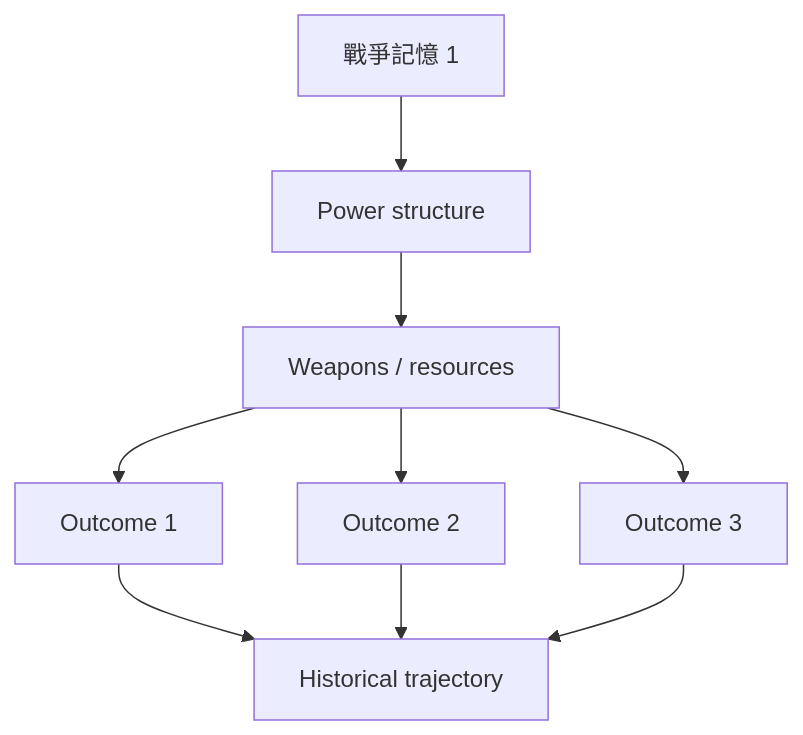
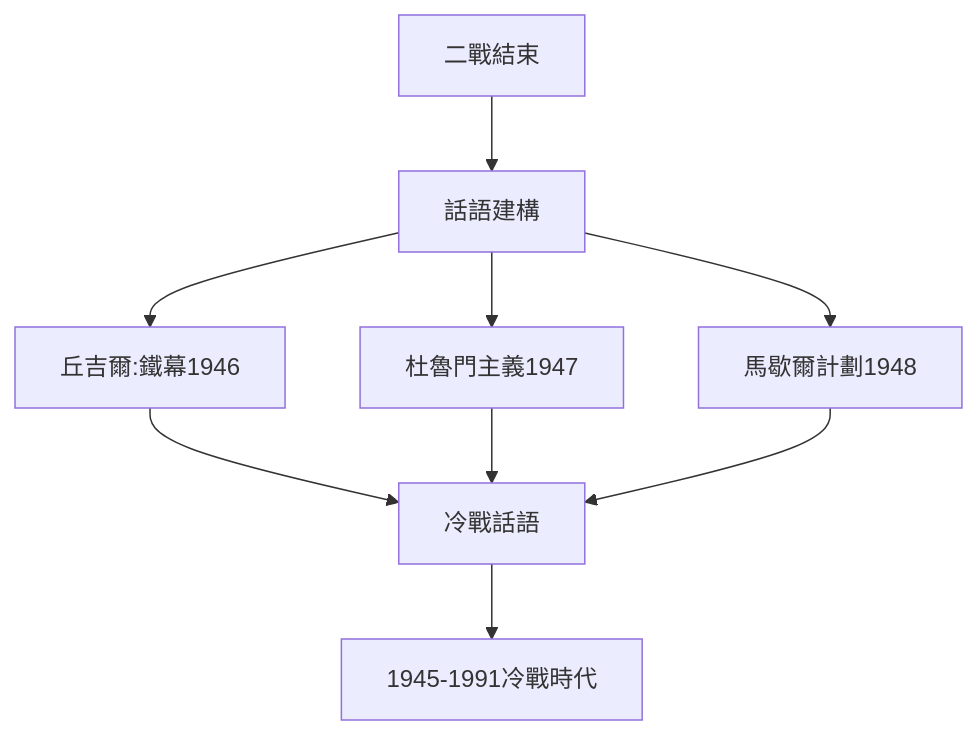
The fifth of 10 diagrams in 02_Harvard_Courses/Fall_Courses/Hist1942_The_Second_World_War.md (yip-lgtm/HKU-Harvard-History-Self-Study), drawn with Mermaid before and after one commit. The commit also changed other lines of this file and 65 other files, not shown here.

````diff
--- a/02_Harvard_Courses/Fall_Courses/Hist1942_The_Second_World_War.md
+++ b/02_Harvard_Courses/Fall_Courses/Hist1942_The_Second_World_War.md
@@ -267,11 +246,11 @@
 ```mermaid
 graph TD
-    A[戰爭記憶 1] --> B[Power structure]
-    B --> C[Weapons / resources]
-    C --> D[Outcome 1]
-    C --> E[Outcome 2]
-    C --> F[Outcome 3]
-    D --> G[Historical trajectory]
-    E --> G
-    F --> G
+    A[二戰結束] --> B[話語建構]
+    B --> C[丘吉爾:鐵幕1946]
+    B --> D[杜魯門主義1947]
+    B --> E[馬歇爾計劃1948]
+    C --> F[冷戰話語]
+    D --> F
+    E --> F
+    F --> G[1945-1991冷戰時代]
 ```
````
